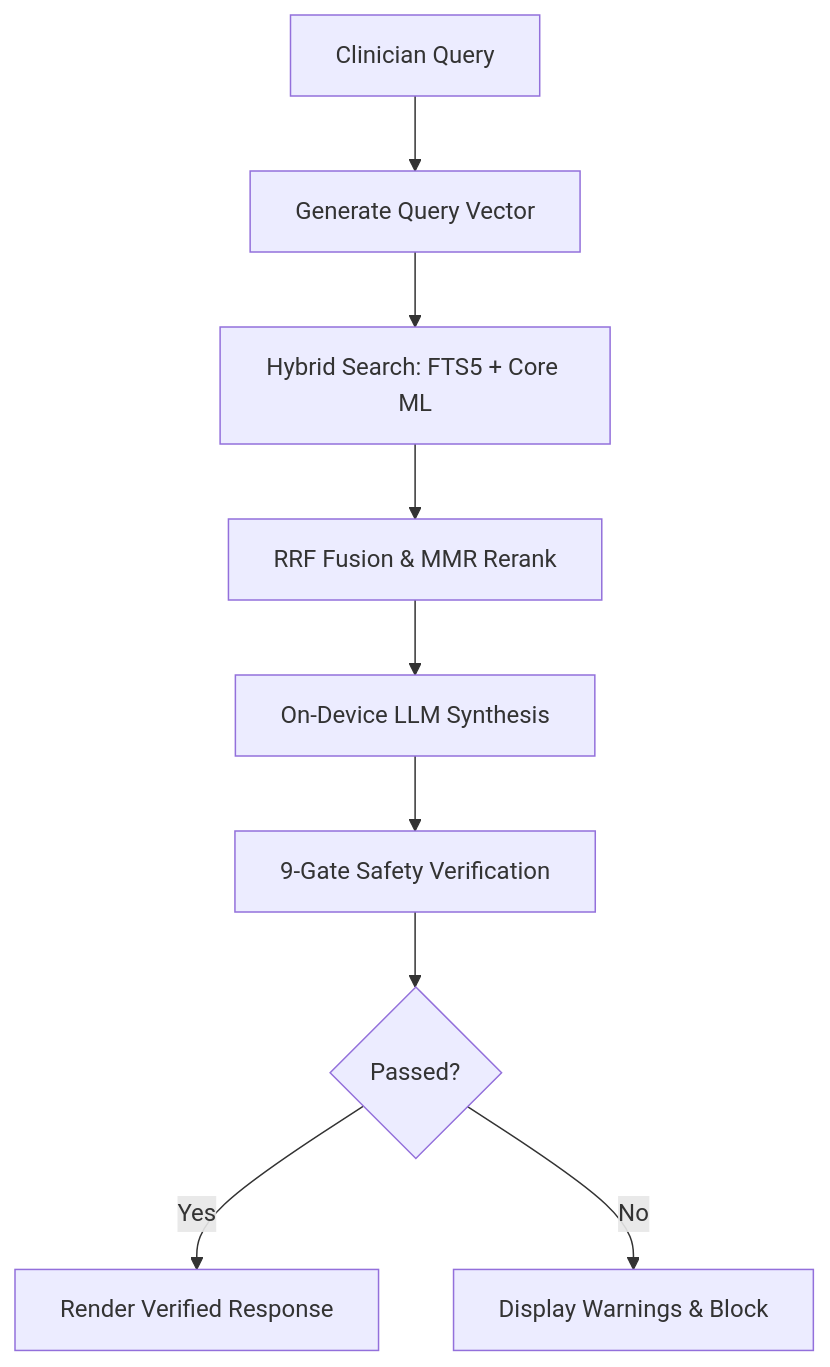
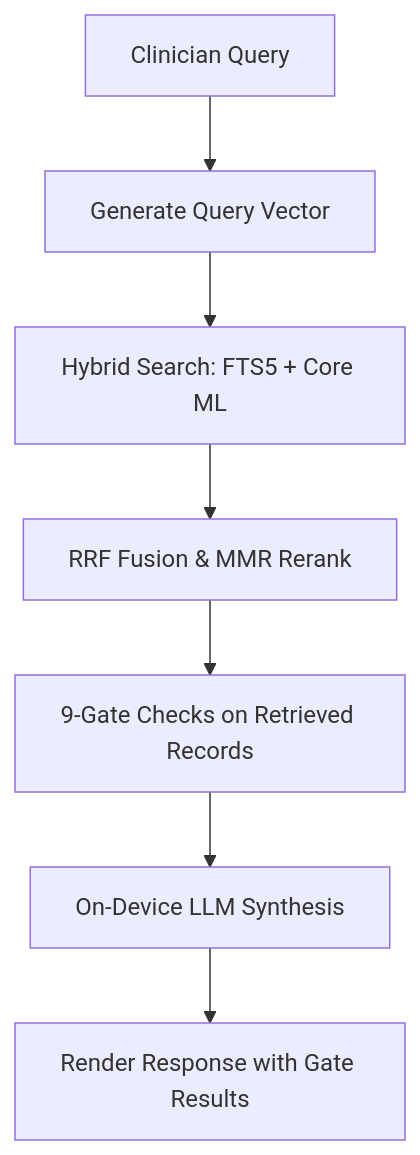
Before and after one commit to Gunnarguy/OpenClinic: the third of 4 diagrams in README.md, drawn with Mermaid. The commit also changed other lines of this file and 5 other files, not shown here.

Commit message:
docs: correct claims the code contradicts: 384-dim MiniLM embeddings, gates score retrieved records, dictation audio may go to Apple, Swift 5 mode, native macOS, storage, logging and seeding

````diff
--- a/README.md
+++ b/README.md
@@ -100,11 +100,7 @@
 ```mermaid
 flowchart TD
     A[Clinician Query] --> B[Generate Query Vector]
     B --> C[Hybrid Search: FTS5 + Core ML]
     C --> D[RRF Fusion & MMR Rerank]
-    D --> E[On-Device LLM Synthesis]
-    E --> F[9-Gate Safety Verification]
-    F --> G{Passed?}
-    G -->|Yes| H[Render Verified Response]
-    G -->|No| I[Display Warnings & Block]
+    D --> F[9-Gate Checks on Retrieved Records] --> E[On-Device LLM Synthesis] --> H[Render Response with Gate Results]
 ```
````
